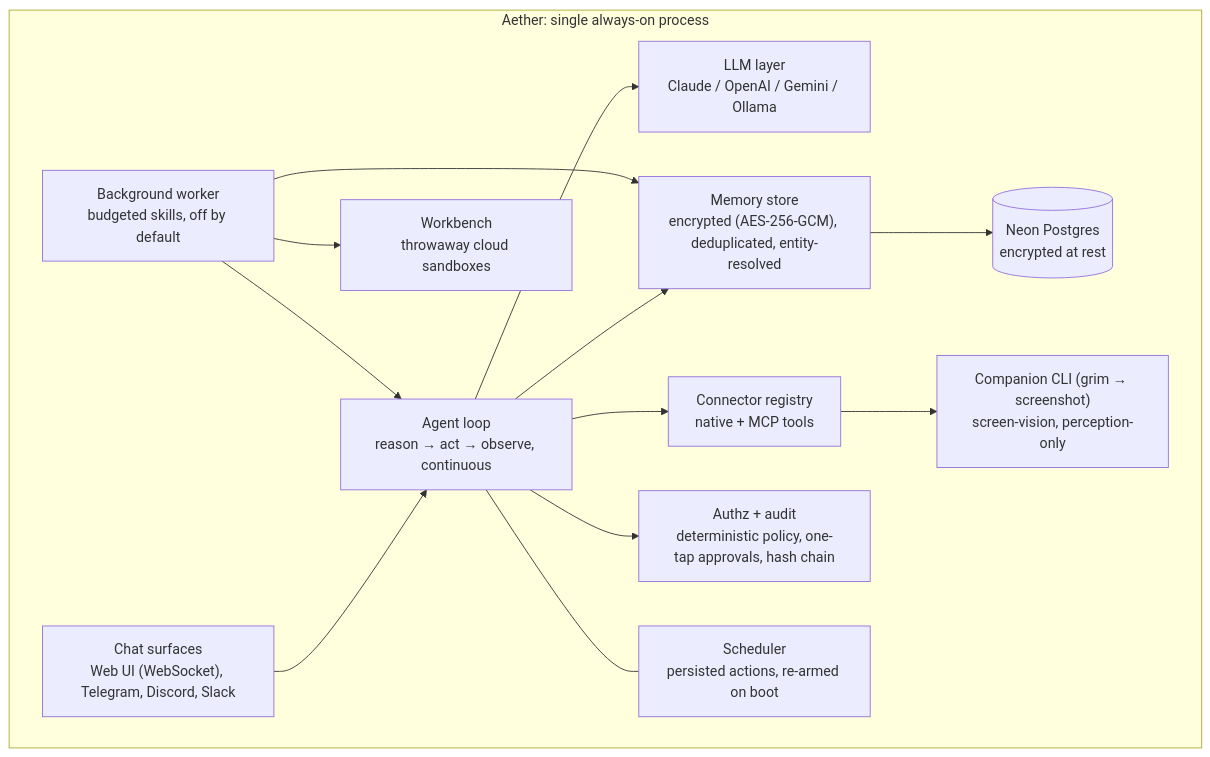
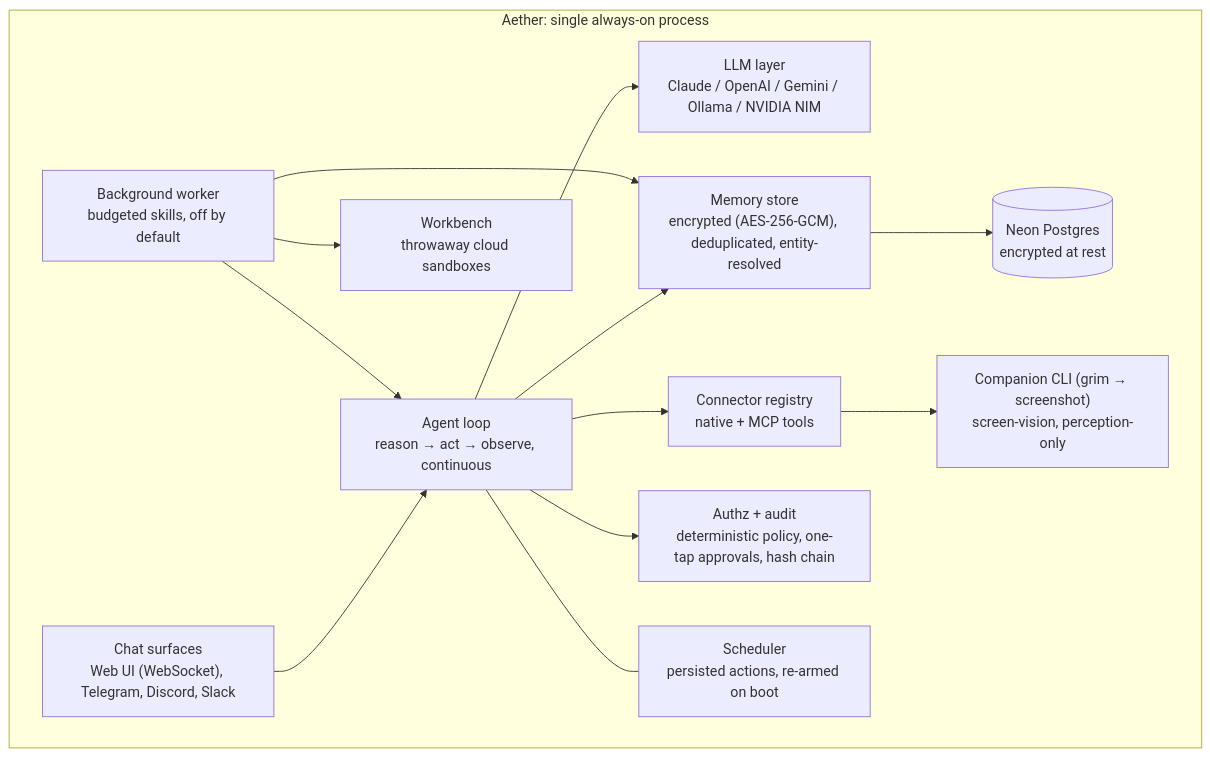
One commit to Vedant-Git-dev/Aether changed the second of 2 diagrams in README.md. Above: the diagram before and after it, drawn with Mermaid. The commit also changed other lines of this file and 14 other files, not shown here.

````diff
--- a/README.md
+++ b/README.md
@@ -220,28 +220,28 @@
 ```mermaid
 flowchart TB
     subgraph AE["Aether: single always-on process"]
         Chat["Chat surfaces<br/>Web UI (WebSocket), Telegram, Discord, Slack"]
         Loop["Agent loop<br/>reason → act → observe, continuous"]
-        LLM["LLM layer<br/>Claude / OpenAI / Gemini / Ollama"]
+        LLM["LLM layer<br/>Claude / OpenAI / Gemini / Ollama / NVIDIA NIM"]
         Conn["Connector registry<br/>native + MCP tools"]
         Mem["Memory store<br/>encrypted (AES-256-GCM), deduplicated, entity-resolved"]
         Authz["Authz + audit<br/>deterministic policy, one-tap approvals, hash chain"]
         Sched["Scheduler<br/>persisted actions, re-armed on boot"]
         Worker["Background worker<br/>budgeted skills, off by default"]
         Bench["Workbench<br/>throwaway cloud sandboxes"]
 
         Chat --> Loop
         Loop --> LLM
         Loop --> Conn
         Loop --> Mem
         Loop --> Authz
         Loop --- Sched
         Worker --> Loop
         Worker --> Mem
         Worker --> Bench
     
 
     Mem --> DB[("Neon Postgres<br/>encrypted at rest")]
     Conn --> CLI["Companion CLI (grim → screenshot)<br/>screen-vision, perception-only"]
     end
 ```
````
